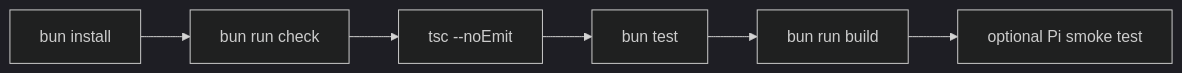
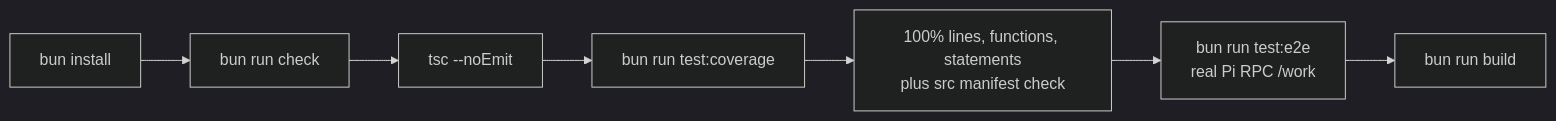
The first of 5 diagrams in openwiki/development/testing.md (wichayutdew/pi-workflows), drawn with Mermaid (dark theme) before and after one commit. The commit also changed other lines of this file and 42 other files, not shown here.

````diff
--- a/openwiki/development/testing.md
+++ b/openwiki/development/testing.md
@@ -5,8 +5,9 @@
 ```mermaid
 flowchart LR
   Install[bun install] --> Check[bun run check]
   Check --> Typecheck[tsc --noEmit]
-  Typecheck --> Tests[bun test]
-  Tests --> Build[bun run build]
-  Build --> PiSmoke[optional Pi smoke test]
+  Typecheck --> Tests[bun run test:coverage]
+  Tests --> Coverage[100% lines, functions, statements<br/>plus src manifest check]
+  Coverage --> E2E[bun run test:e2e<br/>real Pi RPC /work]
+  E2E --> Build[bun run build]
 ```
````
